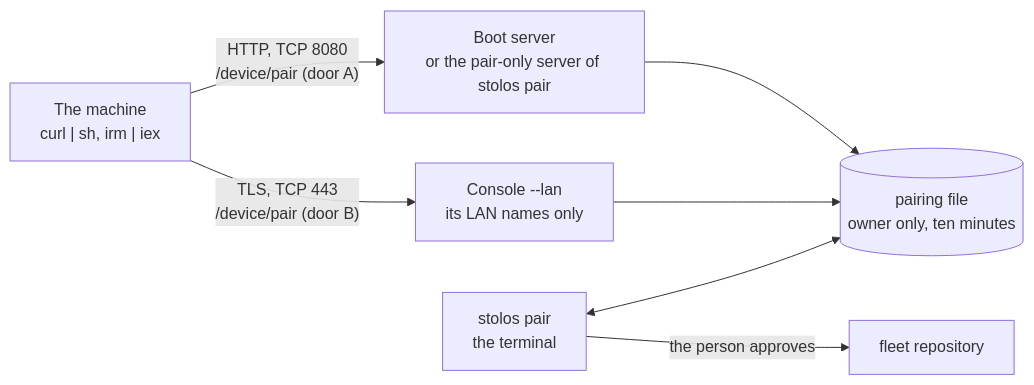
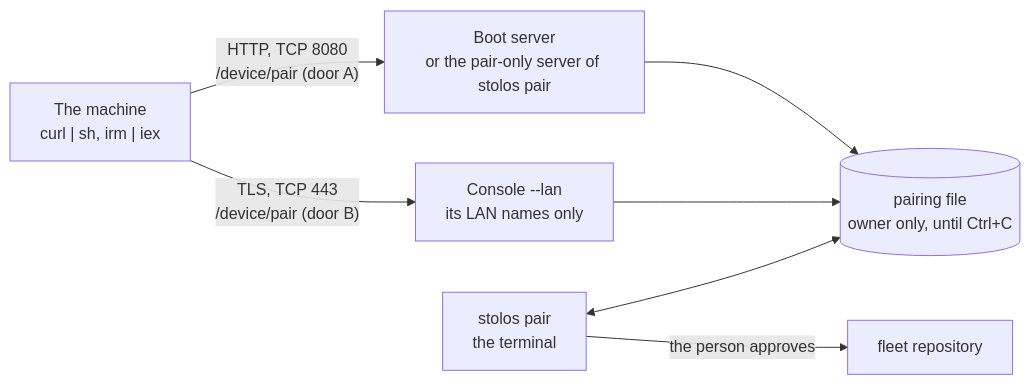
Before and after one commit to intellectual-frontiers/stolos: the diagram in specs/103-three-ports/spec.md, drawn with Mermaid. The commit also changed other lines of this file and 53 other files, not shown here.

First line of the commit message:
107-pairing-and-query: pair many machines until you stop it, the controller as auto-adopted, Ask every machine in parallel in an AG Grid table

````diff
--- a/specs/103-three-ports/spec.md
+++ b/specs/103-three-ports/spec.md
@@ -14,9 +14,9 @@
 ```mermaid
 flowchart LR
   M["The machine<br/>curl | sh, irm | iex"] -->|"HTTP, TCP 8080<br/>/device/pair (door A)"| B["Boot server<br/>or the pair-only server of stolos pair"]
   M -->|"TLS, TCP 443<br/>/device/pair (door B)"| C["Console --lan<br/>its LAN names only"]
-  B --> F[("pairing file<br/>owner only, ten minutes")]
+  B --> F[("pairing file<br/>owner only, until Ctrl+C")]
   C --> F
   T["stolos pair<br/>the terminal"] <--> F
   T -->|"the person approves"| R["fleet repository"]
 ```
````
